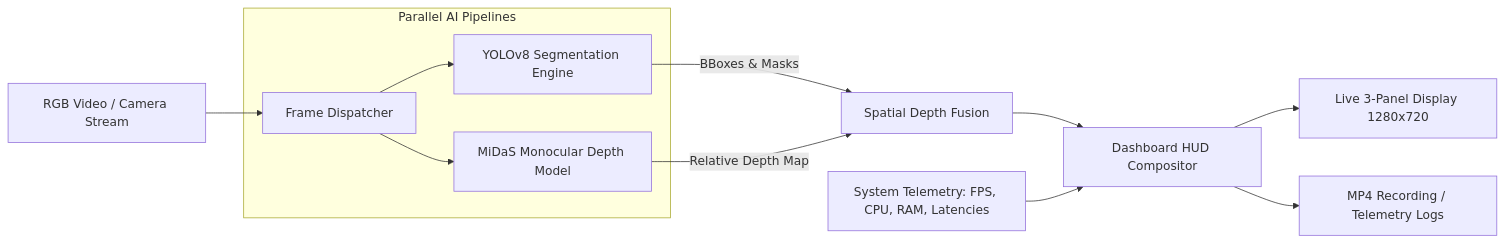
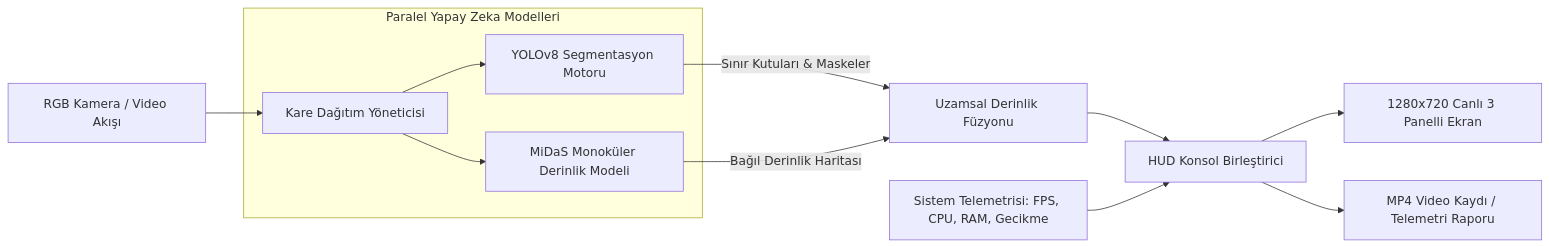
One commit to hakkienesyilmaz/Advanced-Vision-Pipeline changed the diagram in README.md. Above: the diagram before and after it, drawn with Mermaid. The commit also changed other lines of this file, not shown here.

````diff
--- a/README.md
+++ b/README.md
@@ -41,18 +42,18 @@
 ```mermaid
 flowchart LR
-    A[RGB Video / Camera Stream] --> B[Frame Dispatcher]
+    A[RGB Kamera / Video Akışı] --> B[Kare Dağıtım Yöneticisi]
     
-    subgraph Parallel AI Pipelines
-        B --> C[YOLOv8 Segmentation Engine]
-        B --> D[MiDaS Monocular Depth Model]
+    subgraph Paralel Yapay Zeka Modelleri
+        B --> C[YOLOv8 Segmentasyon Motoru]
+        B --> D[MiDaS Monoküler Derinlik Modeli]
     end
     
-    C -->|BBoxes & Masks| E[Spatial Depth Fusion]
-    D -->|Relative Depth Map| E
+    C -->|Sınır Kutuları & Maskeler| E[Uzamsal Derinlik Füzyonu]
+    D -->|Bağıl Derinlik Haritası| E
     
-    E --> F[Dashboard HUD Compositor]
-    G[System Telemetry: FPS, CPU, RAM, Latencies] --> F
+    E --> F[HUD Konsol Birleştirici]
+    G[Sistem Telemetrisi: FPS, CPU, RAM, Gecikme] --> F
     
-    F --> H[Live 3-Panel Display 1280x720]
-    F --> I[MP4 Recording / Telemetry Logs]
+    F --> H[1280x720 Canlı 3 Panelli Ekran]
+    F --> I[MP4 Video Kaydı / Telemetri Raporu]
 ```
````
